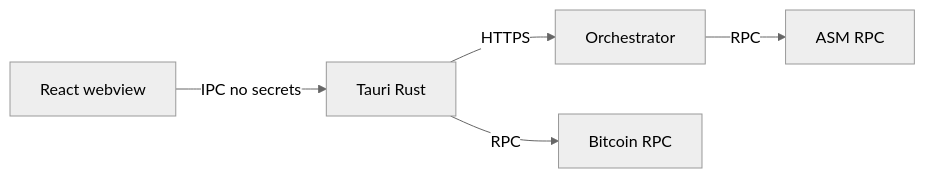
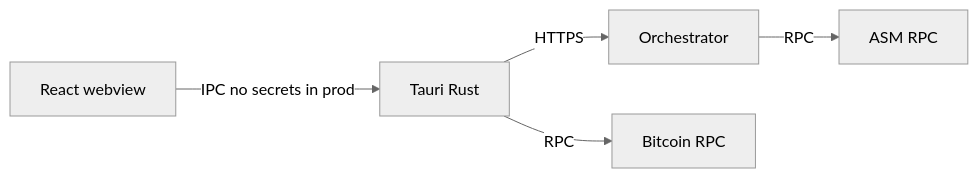
One commit to wakeuplabs-io/alpen-multisig changed the diagram in docs/security/threat-model.md. Above: the diagram before and after it, drawn with Mermaid (neutral theme). The commit also changed other lines of this file and 2 other files, not shown here.

````diff
--- a/docs/security/threat-model.md
+++ b/docs/security/threat-model.md
@@ -11,13 +11,13 @@
 ```mermaid
 flowchart LR
   React[React webview]
   Tauri[Tauri Rust]
   Orch[Orchestrator]
   BTC[Bitcoin RPC]
   ASM[ASM RPC]
 
-  React -->|IPC no secrets| Tauri
+  React -->|IPC no secrets in prod| Tauri
   Tauri -->|HTTPS| Orch
   Tauri -->|RPC| BTC
   Orch -->|RPC| ASM
 ```
````
